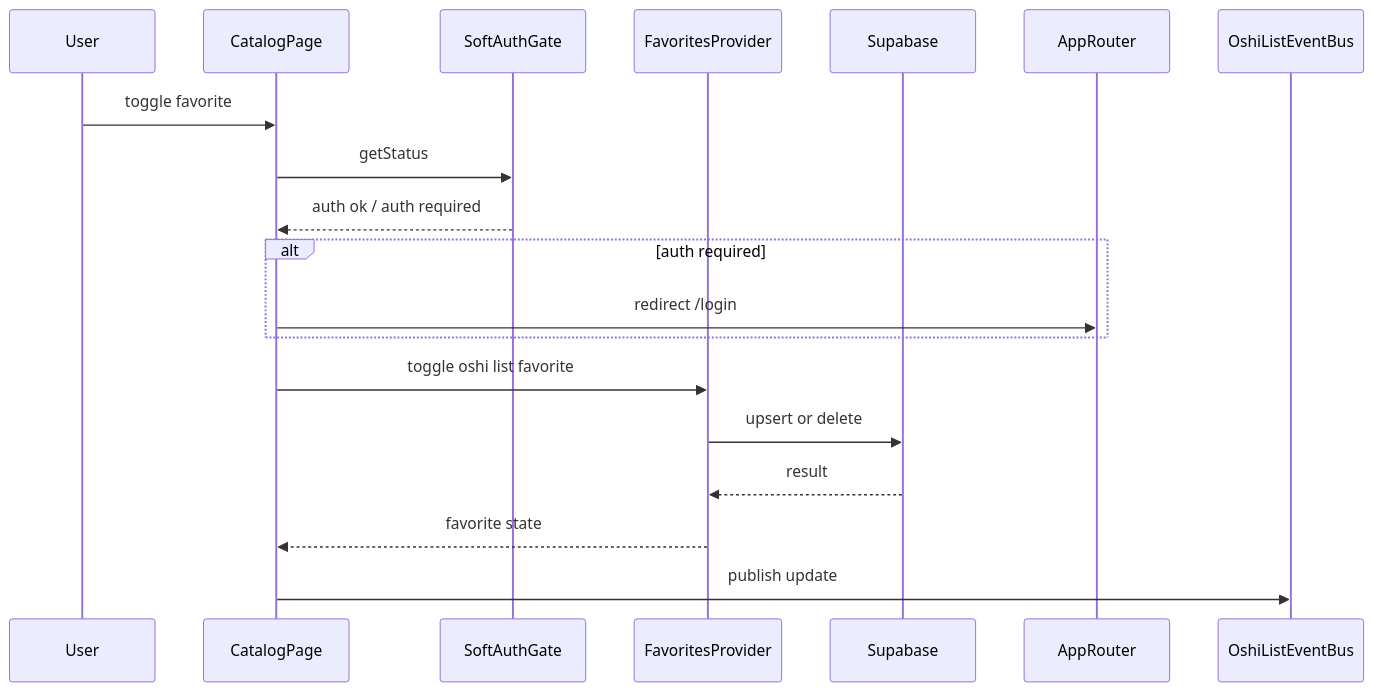
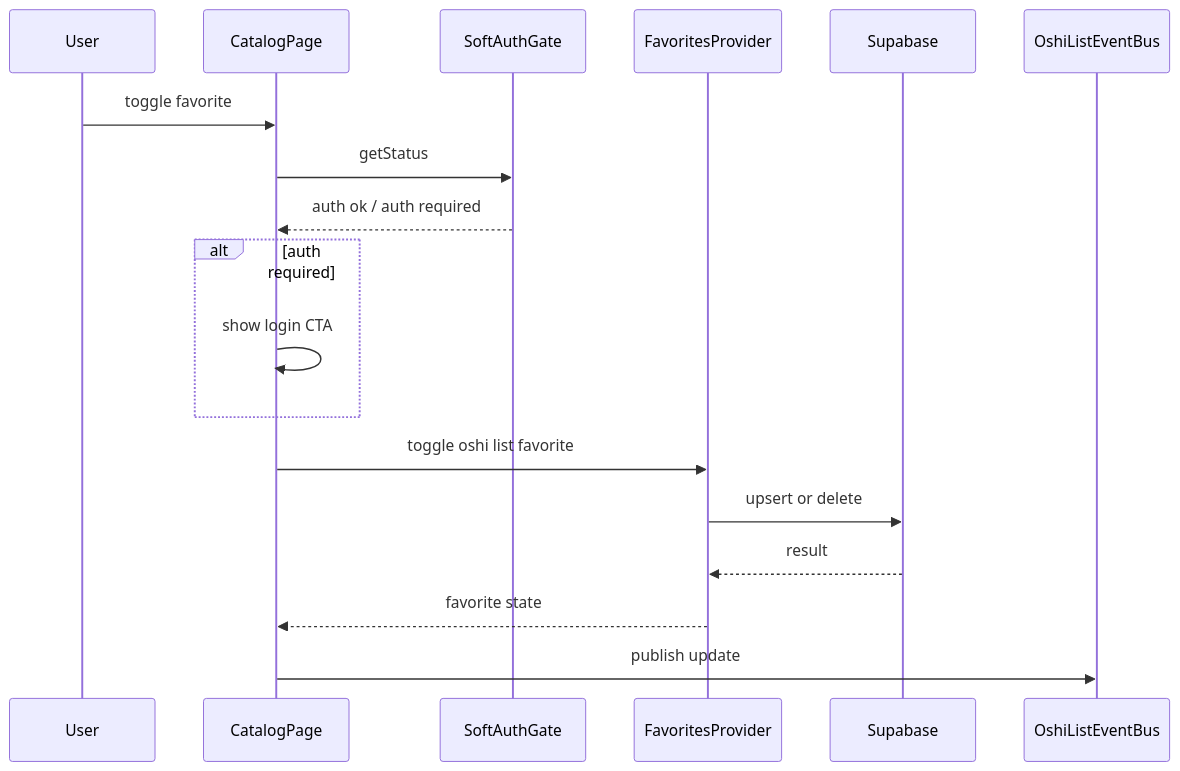
One commit to arinko39140/mangadouga changed the third of 4 diagrams in .kiro/specs/oshi-list-favorites-registered-only/design.md. Above: the diagram before and after it, drawn with Mermaid. The commit also changed other lines of this file, not shown here.

Commit message:
Update design auth flow for favorites

````diff
--- a/.kiro/specs/oshi-list-favorites-registered-only/design.md
+++ b/.kiro/specs/oshi-list-favorites-registered-only/design.md
@@ -127,19 +127,19 @@
 ```mermaid
 sequenceDiagram
   participant User
   participant CatalogPage
   participant SoftAuthGate
   participant FavoritesProvider
   participant Supabase
   User ->> CatalogPage: toggle favorite
   CatalogPage ->> SoftAuthGate: getStatus
   SoftAuthGate -->> CatalogPage: auth ok / auth required
   alt auth required
-    CatalogPage ->> AppRouter: redirect /login
+    CatalogPage ->> CatalogPage: show login CTA
   end
   CatalogPage ->> FavoritesProvider: toggle oshi list favorite
   FavoritesProvider ->> Supabase: upsert or delete
   Supabase -->> FavoritesProvider: result
   FavoritesProvider -->> CatalogPage: favorite state
   CatalogPage ->> OshiListEventBus: publish update
 ```
````
